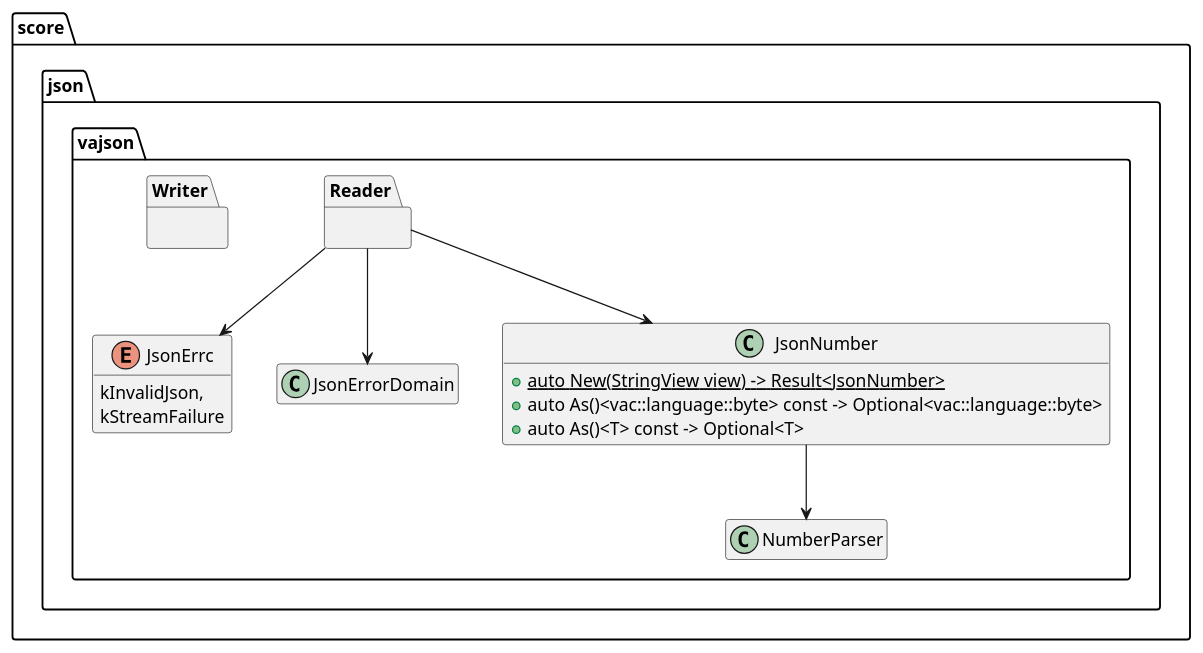
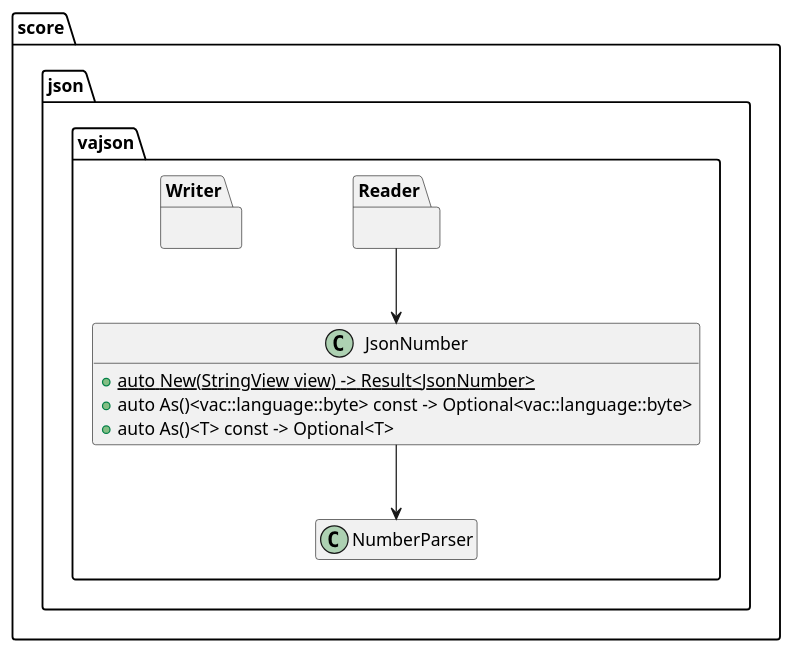
One commit to eclipse-score/baselibs changed the third of 3 diagrams in score/json/docs/vajson/detailed_design/logical/Reader.rst. Above: the diagram before and after it, drawn with PlantUML. The commit also changed other lines of this file and 30 other files, not shown here.

Commit message:
json: replace the vaJson error domain with score::json::Error

```diff
--- a/score/json/docs/vajson/detailed_design/logical/Reader.rst
+++ b/score/json/docs/vajson/detailed_design/logical/Reader.rst
@@ -160,39 +145,30 @@
 .. uml::
 
     @startuml
     hide empty members
 
       package "score" {
         package "json" {
           package "vajson" {
-            enum JsonErrc {
-              kInvalidJson,
-              kStreamFailure
-            }
-
-            class JsonErrorDomain {}
-
             class NumberParser {}
 
             class JsonNumber {
               + {static} auto New(StringView view) -> Result<JsonNumber>
               + auto As()<vac::language::byte> const -> Optional<vac::language::byte>
               + auto As()<T> const -> Optional<T>
             }
 
           package Reader {
           }
 
           package Writer {
           }
           }
         }
       }
 
       JsonNumber --> NumberParser
 
       Reader -down-> JsonNumber
-      Reader -down-> JsonErrorDomain
-      Reader -down-> JsonErrc
 
     @enduml
```
